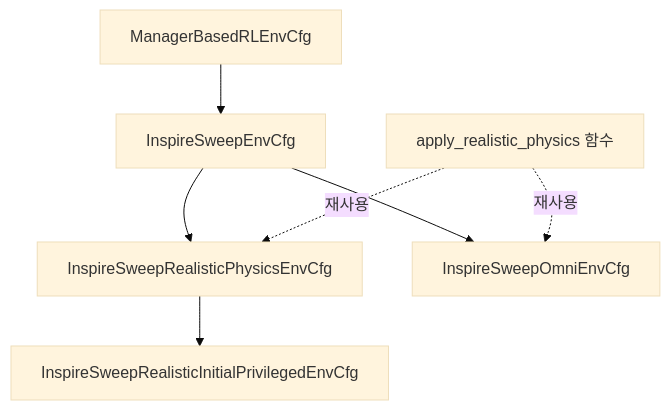
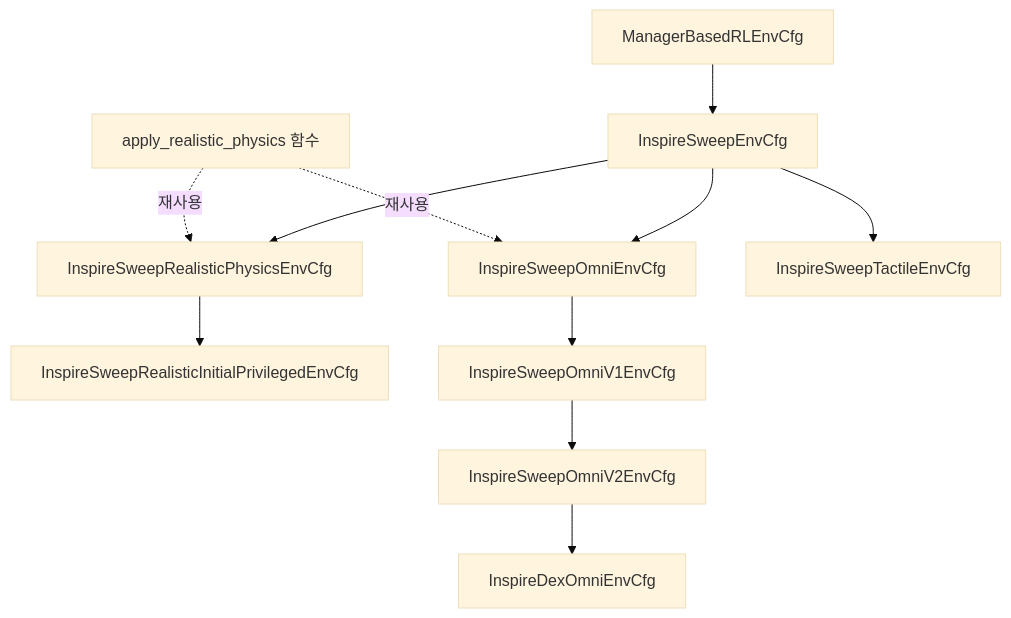
The diagram in 02_implementation/08_ACTIVE_ENVIRONMENTS.md (7cmdehdrb/Contact-Rich-Manipulation-Context), drawn with Mermaid (base theme) before and after one commit. The commit also changed other lines of this file and 19 other files, not shown here.

First line of the commit message:
Add Inspire Sweep sensor flow documentation for Tactile and F/T sensors

````diff
--- a/02_implementation/08_ACTIVE_ENVIRONMENTS.md
+++ b/02_implementation/08_ACTIVE_ENVIRONMENTS.md
@@ -31,9 +35,13 @@
 ```mermaid
 flowchart TD
     Base[ManagerBasedRLEnvCfg] --> Baseline[InspireSweepEnvCfg]
     Baseline --> Realistic[InspireSweepRealisticPhysicsEnvCfg]
     Realistic --> Initial[InspireSweepRealisticInitialPrivilegedEnvCfg]
     Baseline --> Omni[InspireSweepOmniEnvCfg]
+    Baseline --> Tactile[InspireSweepTactileEnvCfg]
+    Omni --> OmniV1[InspireSweepOmniV1EnvCfg]
+    OmniV1 --> OmniV2[InspireSweepOmniV2EnvCfg]
+    OmniV2 --> DexOmni[InspireDexOmniEnvCfg]
     Physics[apply_realistic_physics 함수] -. 재사용 .-> Realistic
     Physics -. 재사용 .-> Omni
 ```
````
